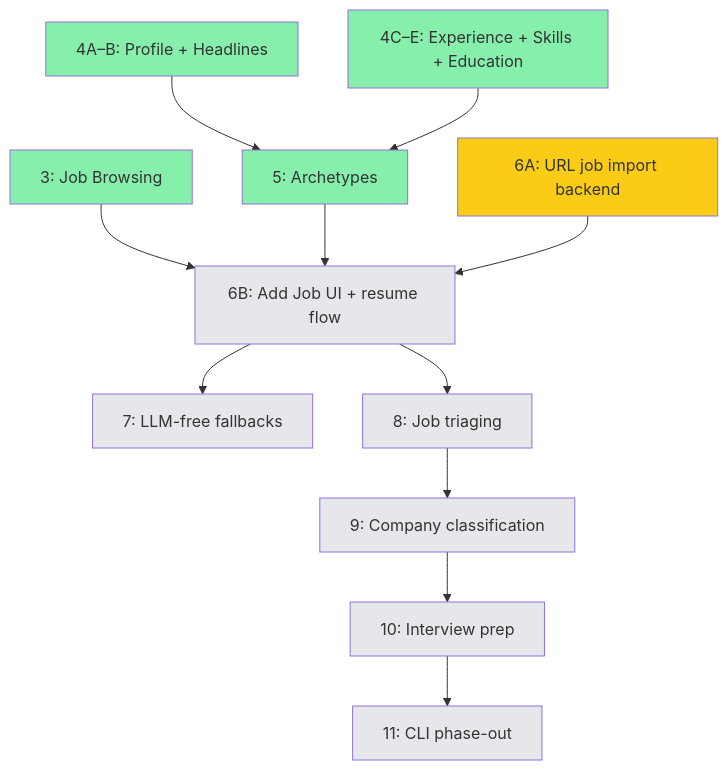
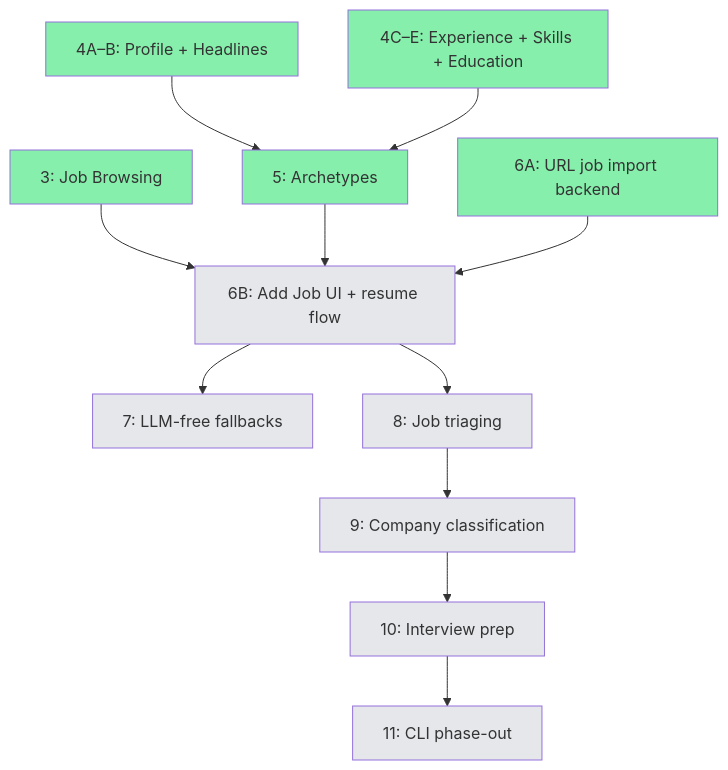
The diagram in GOALS.md (bluebird-labs/TailoredIn), drawn with Mermaid before and after one commit. The commit also changed 1 other file, not shown here.

Commit message:
docs: add static analysis and CodeRabbit ideas, mark M5+M6A complete

````diff
--- a/GOALS.md
+++ b/GOALS.md
@@ -74,25 +74,25 @@
 ```mermaid
 graph TD
     M3["3: Job Browsing"] --> M6B["6B: Add Job UI + resume flow"]
     M4AB["4A–B: Profile + Headlines"] --> M5["5: Archetypes"]
     M4CDE["4C–E: Experience + Skills + Education"] --> M5
     M5 --> M6B
     M6A["6A: URL job import backend"] --> M6B
     M6B --> M7["7: LLM-free fallbacks"]
     M6B --> M8["8: Job triaging"]
     M8 --> M9["9: Company classification"]
     M9 --> M10["10: Interview prep"]
     M10 --> M11["11: CLI phase-out"]
 
     style M3 fill:#86efac
     style M4AB fill:#86efac
     style M4CDE fill:#86efac
     style M5 fill:#86efac
-    style M6A fill:#facc15
+    style M6A fill:#86efac
     style M6B fill:#e5e7eb
     style M7 fill:#e5e7eb
     style M8 fill:#e5e7eb
     style M9 fill:#e5e7eb
     style M10 fill:#e5e7eb
     style M11 fill:#e5e7eb
 ```
````
